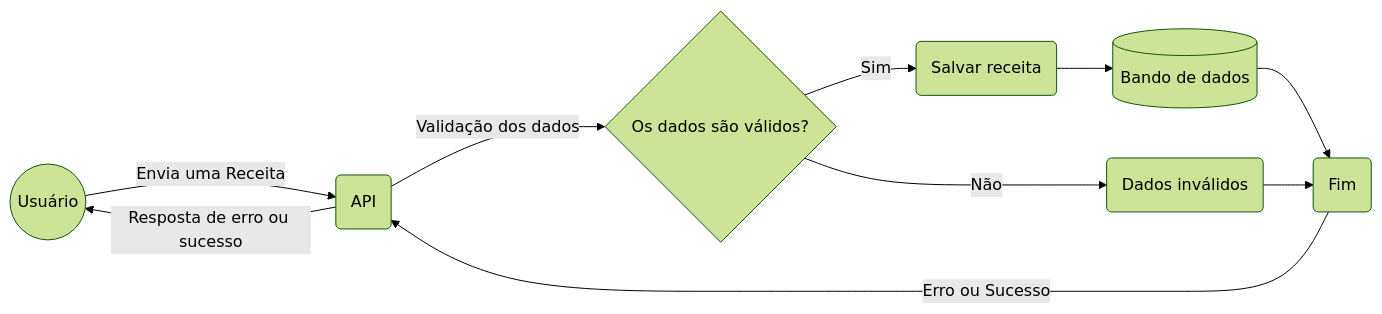
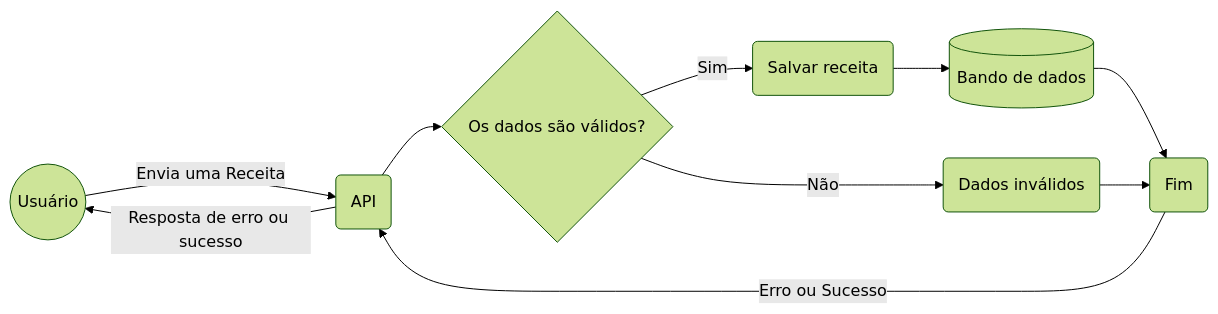
Before and after one commit to mrbrunelli/compass-shadow-02: the sixth of 6 diagrams in pages/flow.md, drawn with Mermaid (forest theme). The commit also changed other lines of this file and 6 other files, not shown here.

````diff
--- a/pages/flow.md
+++ b/pages/flow.md
@@ -85,10 +92,10 @@
 ```mermaid
 flowchart LR
-    Client((Usuário)) -->|Envia uma Receita| Server(API) -->|Validação dos dados| Validator{Os dados são válidos?}
+    Client((Usuário)) -->|Envia uma Receita| Server(API) --> Validator{Os dados são válidos?}
     Validator -->|Sim| Save(Salvar receita) --> DB[(Bando de dados)]
     Validator -->|Não| BadRequest(Dados inválidos)
     DB --> End(Fim)
     BadRequest --> End
     End -->|Erro ou Sucesso| Server
     Server -->|Resposta de erro ou sucesso| Client
 ```
````
